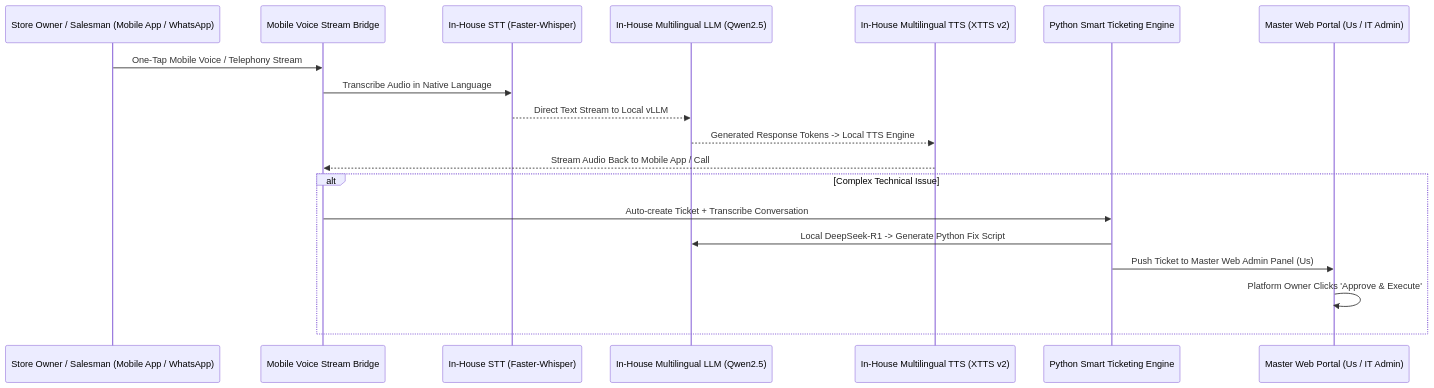
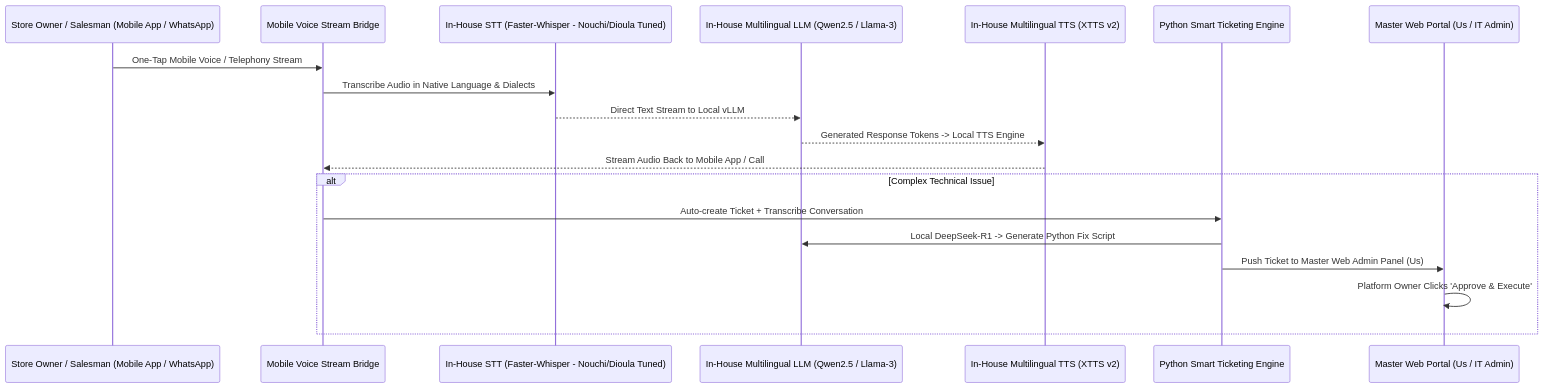
Before and after one commit to BengalBound/sales: the second of 2 diagrams in docs/02_DEV_INFRASTRUCTURE_ARCHITECTURE.md, drawn with Mermaid. The commit also changed other lines of this file and 7 other files, not shown here.

````diff
--- a/docs/02_DEV_INFRASTRUCTURE_ARCHITECTURE.md
+++ b/docs/02_DEV_INFRASTRUCTURE_ARCHITECTURE.md
@@ -68,23 +68,23 @@
 ```mermaid
 sequenceDiagram
     participant Merchant as Store Owner / Salesman (Mobile App / WhatsApp)
     participant PyVoiceStream as Mobile Voice Stream Bridge
-    participant LocalSTT as In-House STT (Faster-Whisper)
-    participant LocalLLM as In-House Multilingual LLM (Qwen2.5)
+    participant LocalSTT as In-House STT (Faster-Whisper - Nouchi/Dioula Tuned)
+    participant LocalLLM as In-House Multilingual LLM (Qwen2.5 / Llama-3)
     participant LocalTTS as In-House Multilingual TTS (XTTS v2)
     participant PyTicketEngine as Python Smart Ticketing Engine
     participant MasterWebAdmin as Master Web Portal (Us / IT Admin)
 
     Merchant->>PyVoiceStream: One-Tap Mobile Voice / Telephony Stream
-    PyVoiceStream->>LocalSTT: Transcribe Audio in Native Language
+    PyVoiceStream->>LocalSTT: Transcribe Audio in Native Language & Dialects
     LocalSTT-->>LocalLLM: Direct Text Stream to Local vLLM
     LocalLLM-->>LocalTTS: Generated Response Tokens -> Local TTS Engine
     LocalTTS-->>PyVoiceStream: Stream Audio Back to Mobile App / Call
     
     alt Complex Technical Issue
         PyVoiceStream->>PyTicketEngine: Auto-create Ticket + Transcribe Conversation
         PyTicketEngine->>LocalLLM: Local DeepSeek-R1 -> Generate Python Fix Script
         PyTicketEngine->>MasterWebAdmin: Push Ticket to Master Web Admin Panel (Us)
         MasterWebAdmin->>MasterWebAdmin: Platform Owner Clicks 'Approve & Execute'
     end
 ```
````
